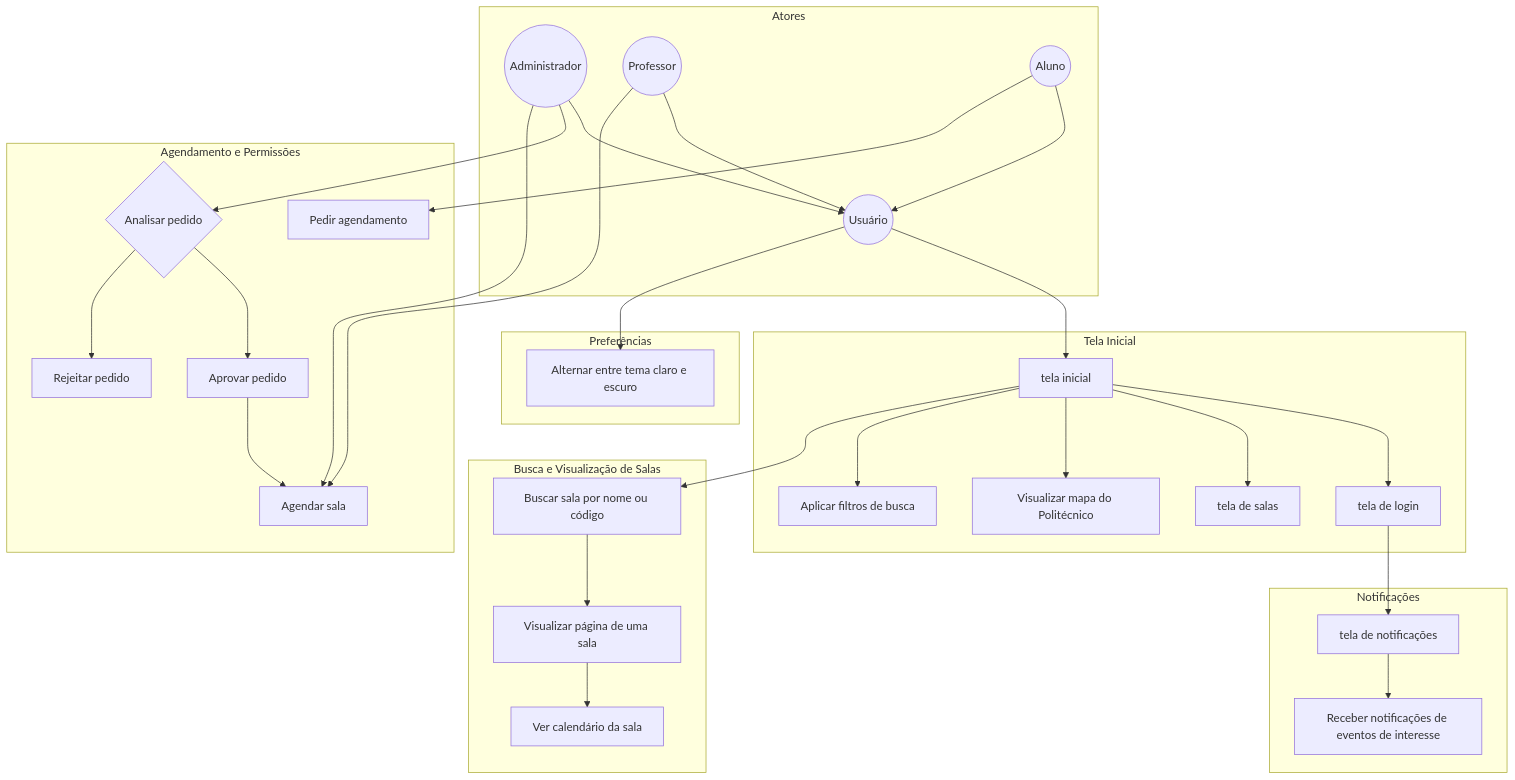
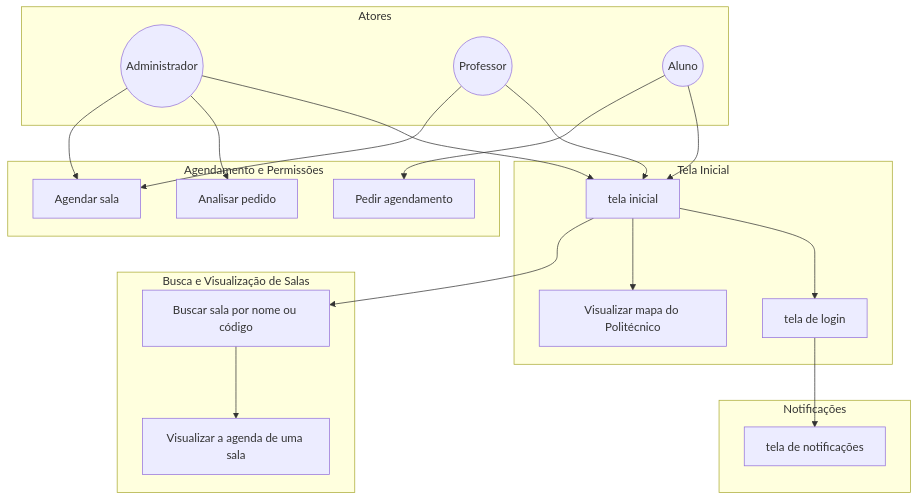
The diagram in Artefatos/diagramas/CasosUso.mmd (CTISM-Prof-Henry/trab-final-spi-super-grupo-incrivel), drawn with Mermaid before and after one commit. The commit also changed other lines of this file and 1 other file, not shown here.

```diff
--- a/Artefatos/diagramas/CasosUso.mmd
+++ b/Artefatos/diagramas/CasosUso.mmd
@@ -1,67 +1,47 @@
 graph TD
 
 %% -------------------- Atores --------------------
     subgraph  Atores
-        Usuario((Usuário))
         Admin((Administrador))
         Professor((Professor))
         Aluno((Aluno))
-        Admin --> Usuario
-        Professor --> Usuario
-        Aluno --> Usuario
     end
 
 %% -------------------- Tela inicial e navegação --------------------
     subgraph  Tela Inicial
         inicial[tela inicial]
         login[tela de login]
-        salas[tela de salas]
         visualizar_mapa[Visualizar mapa do Politécnico]
-        aplicar_filtros[Aplicar filtros de busca]
         inicial --> login
-        inicial --> salas
         inicial --> visualizar_mapa
-        inicial --> aplicar_filtros
-        Usuario --> inicial
+        Admin--> inicial
+        Professor--> inicial
+        Aluno--> inicial
     end
 
 %% -------------------- Busca e visualização --------------------
     subgraph  Busca e Visualização de Salas
         buscar_sala[Buscar sala por nome ou código]
-        visualizar_sala[Visualizar página de uma sala]
-        ver_calendario[Ver calendário da sala]
+        visualizar_sala[Visualizar a agenda de uma sala]
         inicial --> buscar_sala
         buscar_sala --> visualizar_sala
-        visualizar_sala --> ver_calendario
+
     end
 
 %% -------------------- Agendamento --------------------
     subgraph  Agendamento e Permissões
         pedir_agendamento[Pedir agendamento]
-        decisao_analisar{Analisar pedido}
-        aprovar_pedido[Aprovar pedido]
-        rejeitar_pedido[Rejeitar pedido]
+        decisao_analisar[Analisar pedido]
         agendar[Agendar sala]
 
         Aluno --> pedir_agendamento
         Admin --> decisao_analisar
-        decisao_analisar --> aprovar_pedido
-        decisao_analisar --> rejeitar_pedido
-        aprovar_pedido --> agendar
         Professor --> agendar
         Admin --> agendar
     end
 
 %% -------------------- Notificações --------------------
     subgraph  Notificações
         notificacoes[tela de notificações]
-        receber_notificacoes[Receber notificações de eventos de interesse]
         login --> notificacoes
-        notificacoes --> receber_notificacoes
     end
-
-%% -------------------- Preferência de usuário --------------------
-    subgraph  Preferências
-        alternar_tema[Alternar entre tema claro e escuro]
-        Usuario --> alternar_tema
-    end
```
